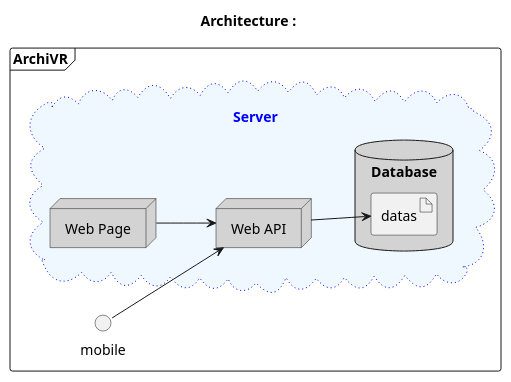
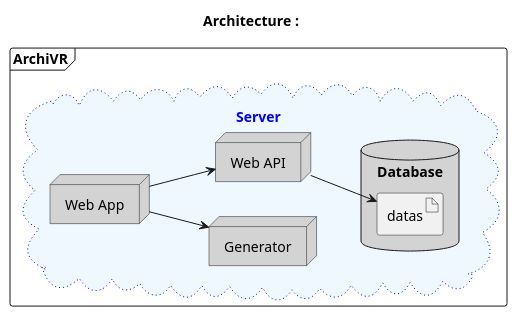
The diagram in Diagrams/architecture.md (axdelafuen/archivr), drawn with PlantUML before and after one commit.

````diff
--- a/Diagrams/architecture.md
+++ b/Diagrams/architecture.md
@@ -1,28 +1,29 @@
 ```plantuml
 title "Architecture :"
 
 left to right direction
 
 frame "ArchiVR" {
 
 
 
 cloud Server #aliceblue;line:blue;line.dotted;text:blue{
 
-node webApp as "Web Page" #lightgrey
+node webApp as "Web App" #lightgrey
+
+node generator as "Generator" #lightgrey
 
 node api as "Web API" #lightgrey
 
 database db as "Database"#lightgray{
 artifact datas
 }
 }
 
 
 webApp --> api
-mobile --> api
-
+webApp --> generator
 api --> datas
 
 }
 ```
````
